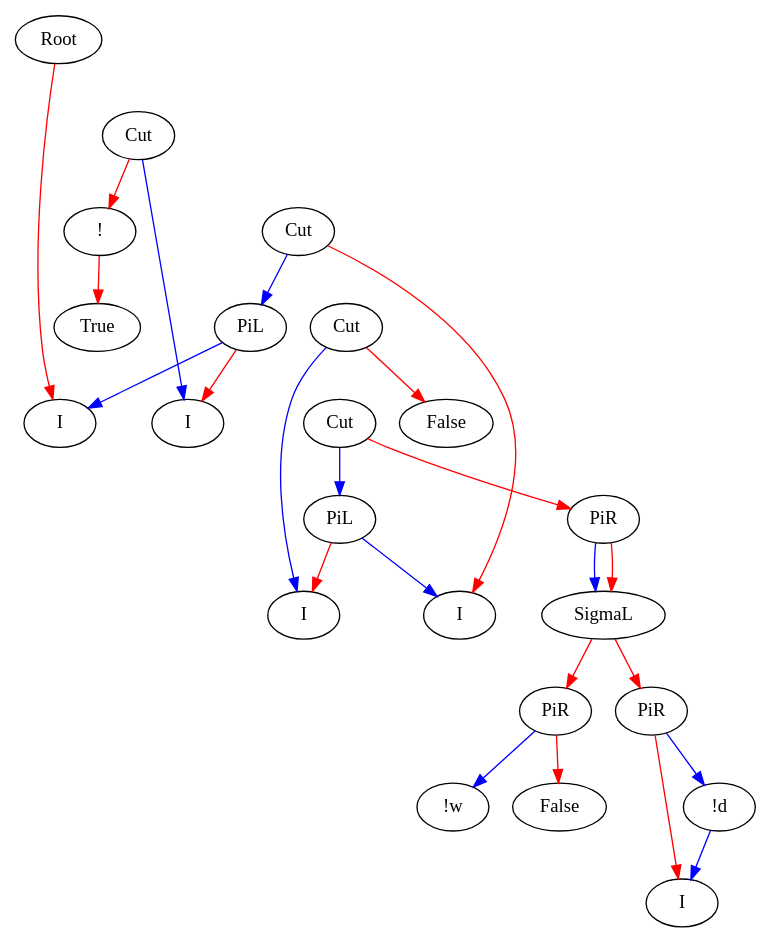
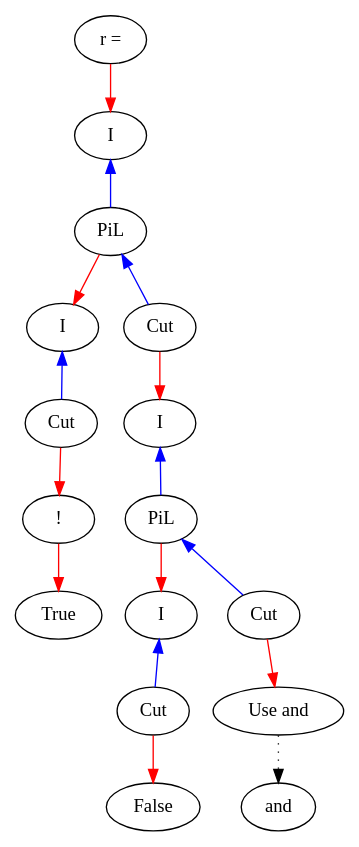
One commit to Mathnerd314/stroscot changed the second of 28 diagrams in docs/Reduction.rst. Above: the diagram before and after it, drawn with Graphviz. The commit also changed other lines of this file and 43 other files, not shown here.

```diff
--- a/docs/Reduction.rst
+++ b/docs/Reduction.rst
@@ -186,53 +169,35 @@
 .. graphviz::
 
   digraph {
-  Root -> c1 [style=invis]
-  c1 -> c2 [style=invis]
-  c2 -> c3 [style=invis]
-  c3 -> c4 [style=invis]
-
-  Root -> p /* pr */ [color="red"]
+  r [label="r ="]
+  r -> p /* pr */ [color="red"]
   c1 [label="Cut"]
   c1 -> a [color="red"]
-  c1 -> n [color="blue"]
+  n -> c1 [color="blue",dir=back]
   a [label="!"]
   a -> b [color="red"]
   b [label="True"]
   c2 [label="Cut"]
   c2 -> l /* lr */ [color="red"]
-  c2 -> m [color="blue"]
+  m -> c2 [color="blue",dir=back]
   c3 [label="Cut"]
   c3 -> c [color="red"]
-  c3 -> k [color="blue"]
+  k -> c3 [color="blue",dir=back]
   c [label="False"]
   c4 [label="Cut"]
-  c4 -> d [color="red"]
-  c4 -> j [color="blue"]
-  d [label="PiR"]
-  d -> e [color="blue"]
-  d -> e /* f */ [color="red"]
-  e [label="SigmaL"]
-  e -> f1 [color="red"]
-  e -> f2 [color="red"]
-  f1 [label="PiR"]
-  f1 -> g1 [color="blue"]
-  f1 -> h1 [color="red"]
-  g1 [label="!w"]
-  h1 [label="False"]
-  f2 [label="PiR"]
-  f2 -> g2 [color="blue"]
-  f2 -> h2 /* h2r */ [color="red"]
-  g2 [label="!d"]
-  g2 -> h2 [color="blue"]
-  h2 [label="I"]
+  c4 -> d2 [color="red"]
+  j -> c4 [color="blue",dir=back]
+  d2 [label="Use and"]
+  d2 -> and [style=dotted]
+
   j [label="PiL"]
   j -> k /* kr */ [color="red"]
-  j -> l [color="blue"]
+  l -> j [color="blue",dir=back]
   k [label="I"]
   l [label="I"]
   m [label="PiL"]
   m -> n /* nr */ [color="red"]
-  m -> p [color="blue"]
+  p -> m [color="blue",dir=back]
   n [label="I"]
   p [label="I"]
   }
```
